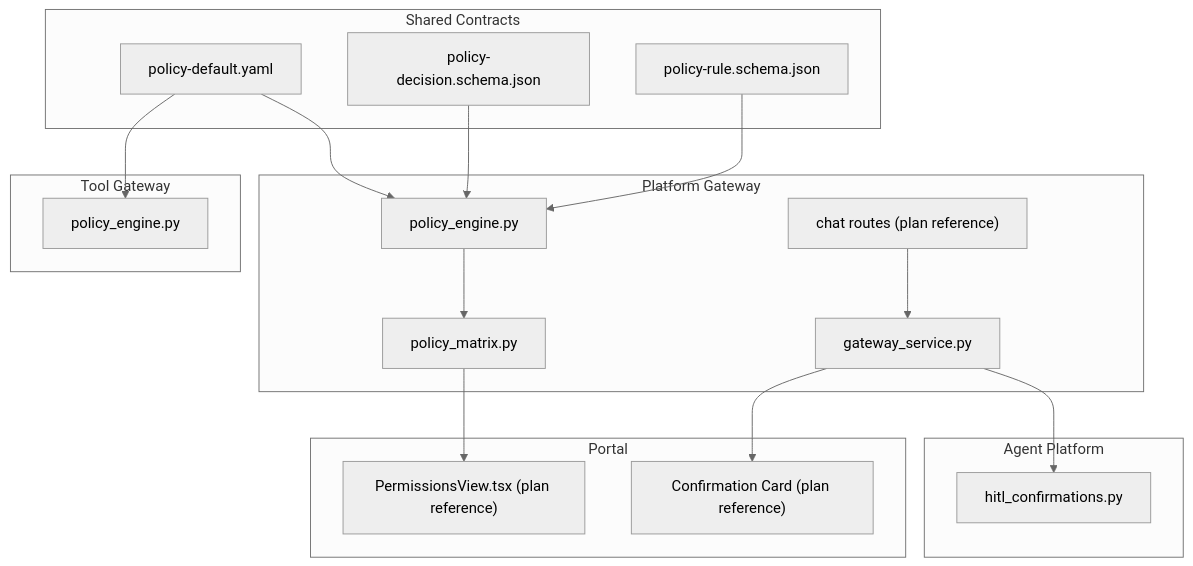
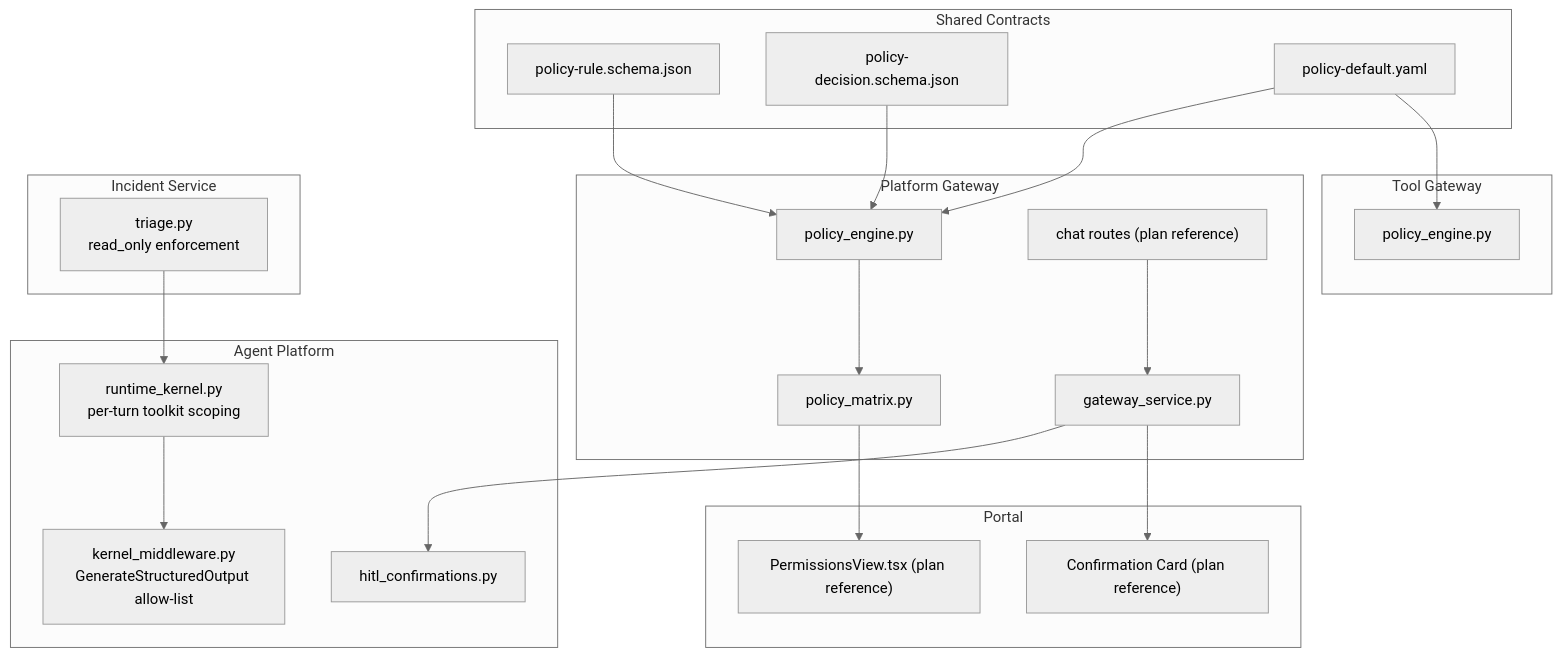
Before and after one commit to metasync/luban-aiops: the first of 8 diagrams in .qoder/repowiki/en/content/Architecture Documentation/SPEC-030_ Require Approval Policy Semantics.md, drawn with Mermaid (neutral theme). The commit also changed other lines of this file and 65 other files, not shown here.

````diff
--- a/.qoder/repowiki/en/content/Architecture Documentation/SPEC-030_ Require Approval Policy Semantics.md
+++ b/.qoder/repowiki/en/content/Architecture Documentation/SPEC-030_ Require Approval Policy Semantics.md
@@ -68,33 +76,40 @@
 ```mermaid
 graph TB
 subgraph "Shared Contracts"
 A["policy-rule.schema.json"]
 B["policy-decision.schema.json"]
 C["policy-default.yaml"]
 end
 subgraph "Platform Gateway"
 D["policy_engine.py"]
 E["policy_matrix.py"]
 F["chat routes (plan reference)"]
 G["gateway_service.py"]
 end
 subgraph "Tool Gateway"
 H["policy_engine.py"]
 end
 subgraph "Agent Platform"
 I["hitl_confirmations.py"]
+J["runtime_kernel.py<br/>per-turn toolkit scoping"]
+K["kernel_middleware.py<br/>GenerateStructuredOutput allow-list"]
+end
+subgraph "Incident Service"
+L["triage.py<br/>read_only enforcement"]
 end
 subgraph "Portal"
-J["PermissionsView.tsx (plan reference)"]
-K["Confirmation Card (plan reference)"]
+M["PermissionsView.tsx (plan reference)"]
+N["Confirmation Card (plan reference)"]
 end
 A --> D
 B --> D
 C --> D
 C --> H
 D --> E
 F --> G
 G --> I
-E --> J
-G --> K
+E --> M
+G --> N
+J --> K
+L --> J
 ```
````
